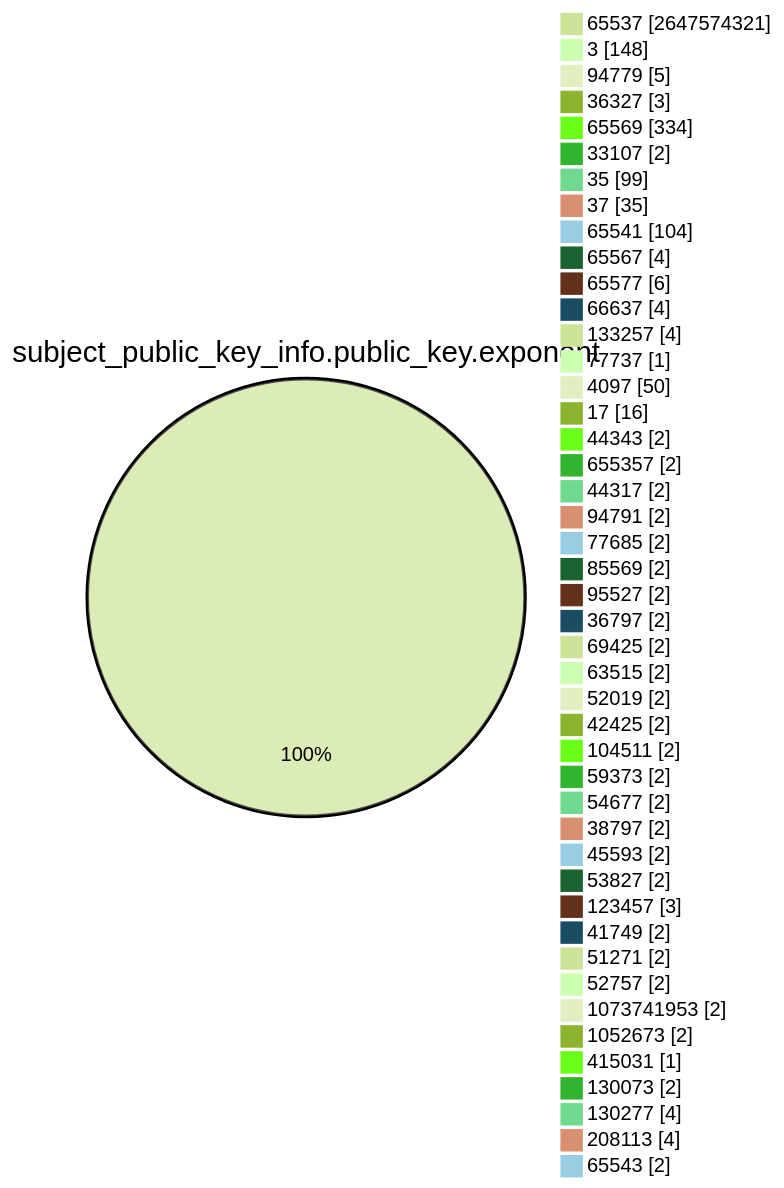
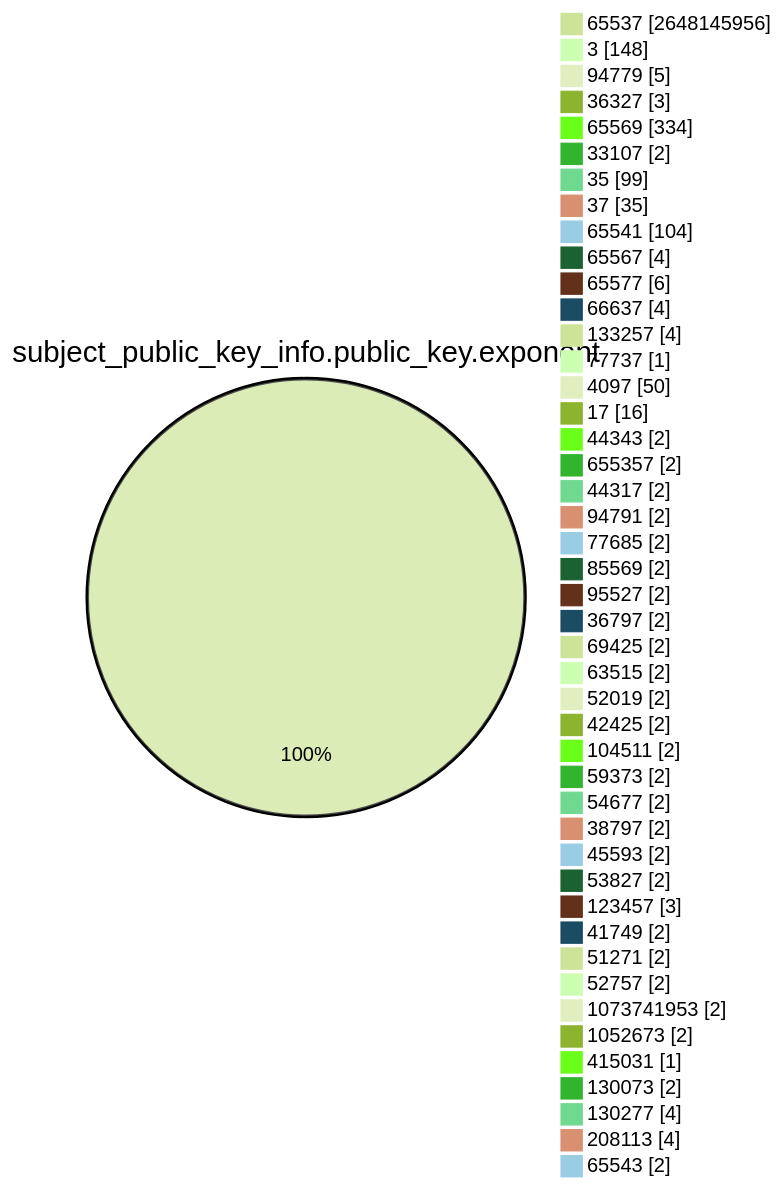
Before and after one commit to christiankrug/ctmonitor_visualization: the fourth of 15 diagrams in TOTAL/README.md, drawn with Mermaid (forest theme). The commit also changed other lines of this file, not shown here.

````diff
--- a/TOTAL/README.md
+++ b/TOTAL/README.md
@@ -1467,49 +1467,49 @@
 ```mermaid
 pie showData
 title subject_public_key_info.public_key.exponent
-"65537" :2647574321
+"65537" :2648145956
 "3" :148
 "94779" :5
 "36327" :3
 "65569" :334
 "33107" :2
 "35" :99
 "37" :35
 "65541" :104
 "65567" :4
 "65577" :6
 "66637" :4
 "133257" :4
 "77737" :1
 "4097" :50
 "17" :16
 "44343" :2
 "655357" :2
 "44317" :2
 "94791" :2
 "77685" :2
 "85569" :2
 "95527" :2
 "36797" :2
 "69425" :2
 "63515" :2
 "52019" :2
 "42425" :2
 "104511" :2
 "59373" :2
 "54677" :2
 "38797" :2
 "45593" :2
 "53827" :2
 "123457" :3
 "41749" :2
 "51271" :2
 "52757" :2
 "1073741953" :2
 "1052673" :2
 "415031" :1
 "130073" :2
 "130277" :4
 "208113" :4
 "65543" :2
 ```
````
